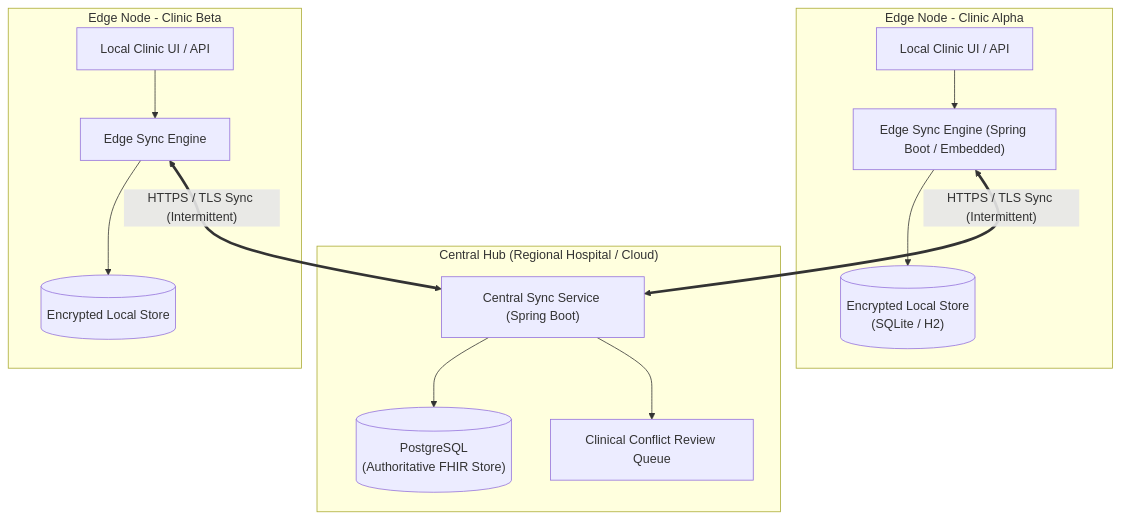
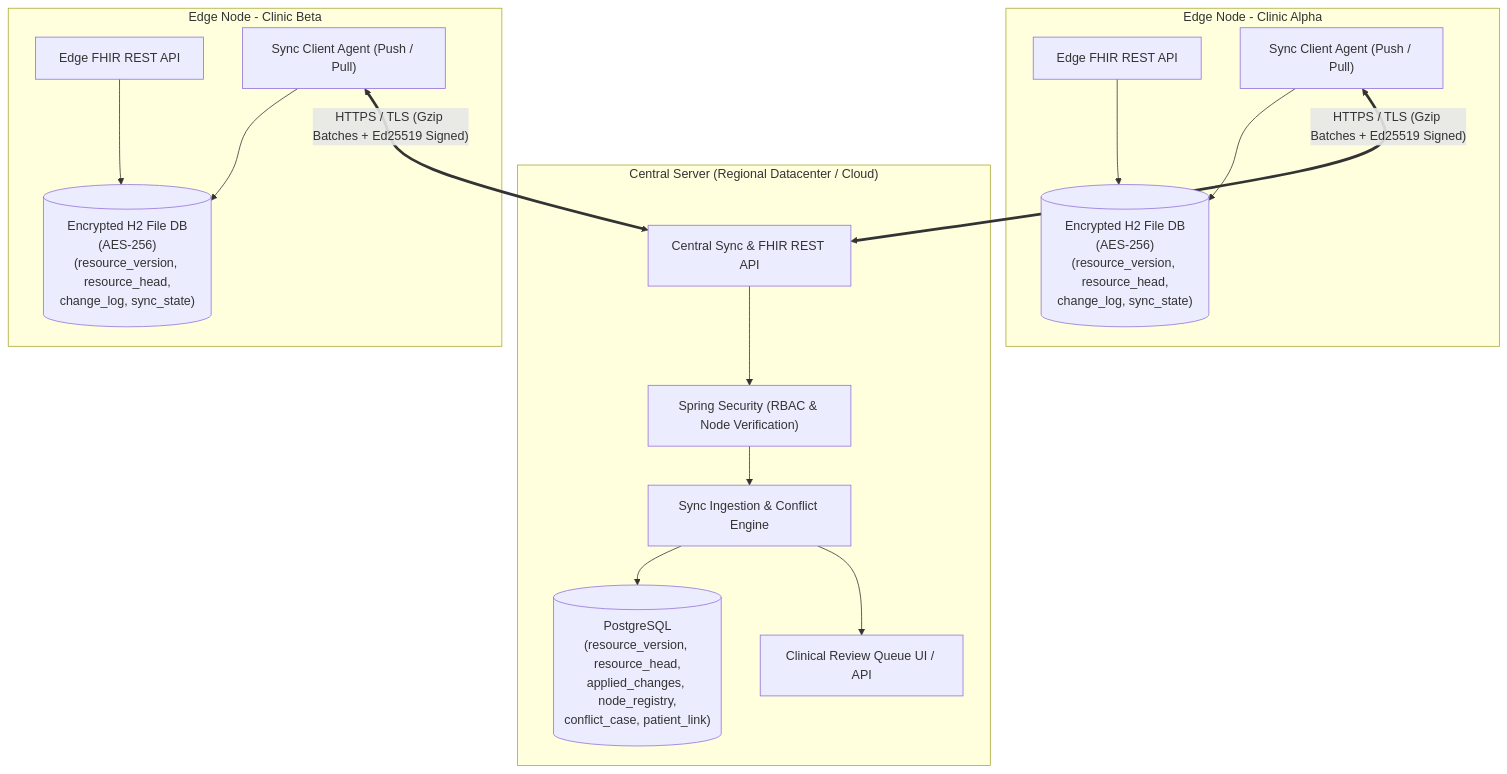
Before and after one commit to vpandeycode/Clinic_Sync: the first of 5 diagrams in docs/ai/ARCHITECTURE.md, drawn with Mermaid. The commit also changed other lines of this file and 8 other files, not shown here.

````diff
--- a/docs/ai/ARCHITECTURE.md
+++ b/docs/ai/ARCHITECTURE.md
@@ -13,29 +12,36 @@
 ```mermaid
-graph TD
-    subgraph Central Hub ["Central Hub (Regional Hospital / Cloud)"]
-        CentralAPI["Central Sync Service (Spring Boot)"]
-        CentralDB[("PostgreSQL\n(Authoritative FHIR Store)")]
-        ReviewQueue["Clinical Conflict Review Queue"]
-        CentralAPI --> CentralDB
-        CentralAPI --> ReviewQueue
+flowchart TD
+    subgraph CentralHub ["Central Server (Regional Datacenter / Cloud)"]
+        CentralAPI["Central Sync & FHIR REST API"]
+        CentralAuth["Spring Security (RBAC & Node Verification)"]
+        CentralEngine["Sync Ingestion & Conflict Engine"]
+        CentralDB[("PostgreSQL\n(resource_version, resource_head,\napplied_changes, node_registry,\nconflict_case, patient_link)")]
+        ReviewQueue["Clinical Review Queue UI / API"]
+
+        CentralAPI --> CentralAuth
+        CentralAuth --> CentralEngine
+        CentralEngine --> CentralDB
+        CentralEngine --> ReviewQueue
     end
 
-    subgraph Edge1 ["Edge Node - Clinic Alpha"]
-        EdgeAPI1["Edge Sync Engine (Spring Boot / Embedded)"]
-        EdgeDB1[("Encrypted Local Store\n(SQLite / H2)")]
-        EdgeUI1["Local Clinic UI / API"]
-        EdgeUI1 --> EdgeAPI1
+    subgraph EdgeNode1 ["Edge Node - Clinic Alpha"]
+        EdgeAPI1["Edge FHIR REST API"]
+        EdgeClient1["Sync Client Agent (Push / Pull)"]
+        EdgeDB1[("Encrypted H2 File DB\n(AES-256)\n(resource_version, resource_head,\nchange_log, sync_state)")]
+
         EdgeAPI1 --> EdgeDB1
+        EdgeClient1 --> EdgeDB1
     end
 
-    subgraph Edge2 ["Edge Node - Clinic Beta"]
-        EdgeAPI2["Edge Sync Engine"]
-        EdgeDB2[("Encrypted Local Store")]
-        EdgeUI2["Local Clinic UI / API"]
-        EdgeUI2 --> EdgeAPI2
+    subgraph EdgeNode2 ["Edge Node - Clinic Beta"]
+        EdgeAPI2["Edge FHIR REST API"]
+        EdgeClient2["Sync Client Agent (Push / Pull)"]
+        EdgeDB2[("Encrypted H2 File DB\n(AES-256)\n(resource_version, resource_head,\nchange_log, sync_state)")]
+
         EdgeAPI2 --> EdgeDB2
+        EdgeClient2 --> EdgeDB2
     end
 
-    EdgeAPI1 <== "HTTPS / TLS Sync (Intermittent)" ==> CentralAPI
-    EdgeAPI2 <== "HTTPS / TLS Sync (Intermittent)" ==> CentralAPI
+    EdgeClient1 <== "HTTPS / TLS (Gzip Batches + Ed25519 Signed)" ==> CentralAPI
+    EdgeClient2 <== "HTTPS / TLS (Gzip Batches + Ed25519 Signed)" ==> CentralAPI
 ```
````
